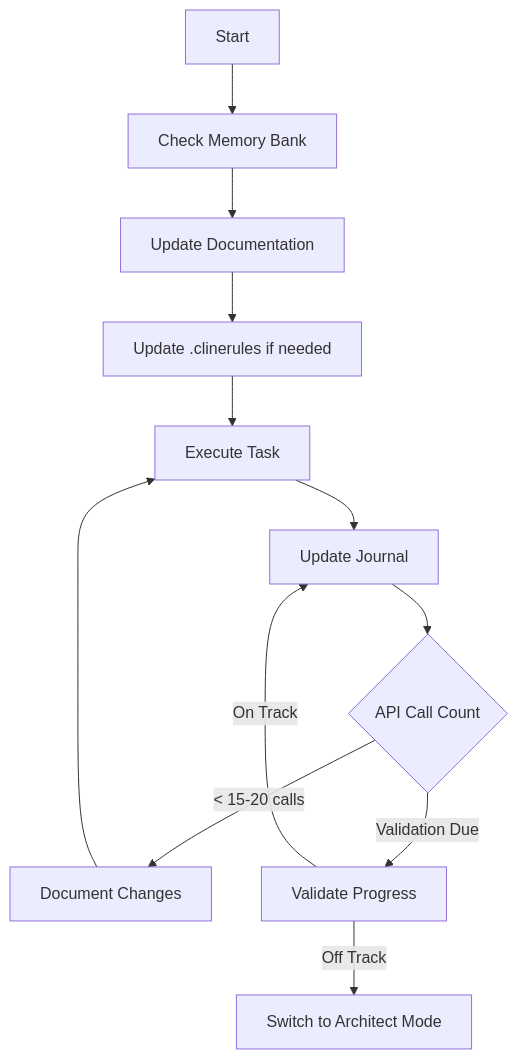
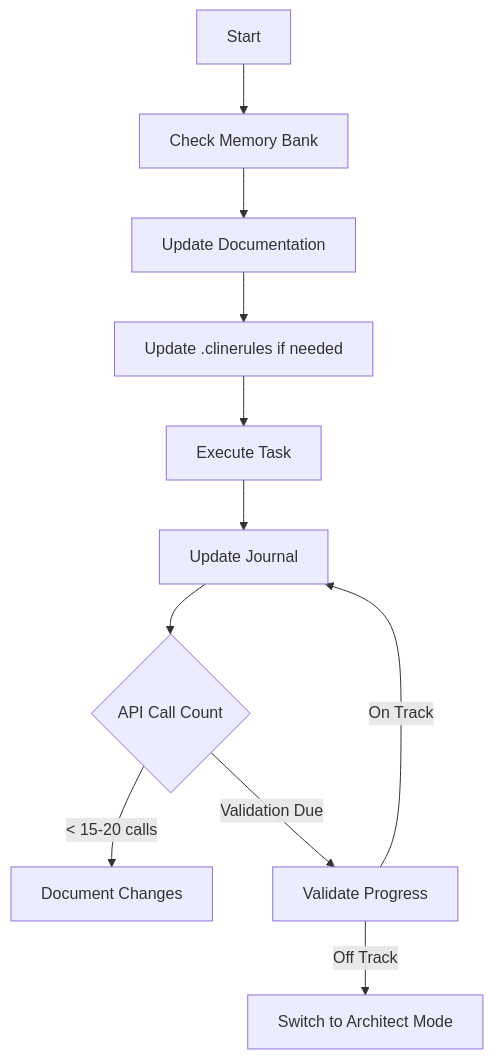
One commit to IHateCrickets/cline changed the third of 5 diagrams in docs/prompting/custom instructions library/raw-instructions/cline-memory-bank.md. Above: the diagram before and after it, drawn with Mermaid.

Commit message:
Update cline-memory-bank.md
update

````diff
--- a/docs/prompting/custom instructions library/raw-instructions/cline-memory-bank.md
+++ b/docs/prompting/custom instructions library/raw-instructions/cline-memory-bank.md
@@ -115,14 +115,13 @@
 ```mermaid
 flowchart TD
     Start[Start] --> Context[Check Memory Bank]
     Context --> Update[Update Documentation]
     Update --> Rules[Update .clinerules if needed]
     Rules --> Execute[Execute Task]
     Execute --> Journal[Update Journal]
     Journal --> Count{API Call Count}
     Count -->|< 15-20 calls| Document[Document Changes]
     Count -->|Validation Due| Validate[Validate Progress]
-    Document --> Execute
     Validate -->|On Track| Journal
     Validate -->|Off Track| Reassess[Switch to Architect Mode]
 ```
````
